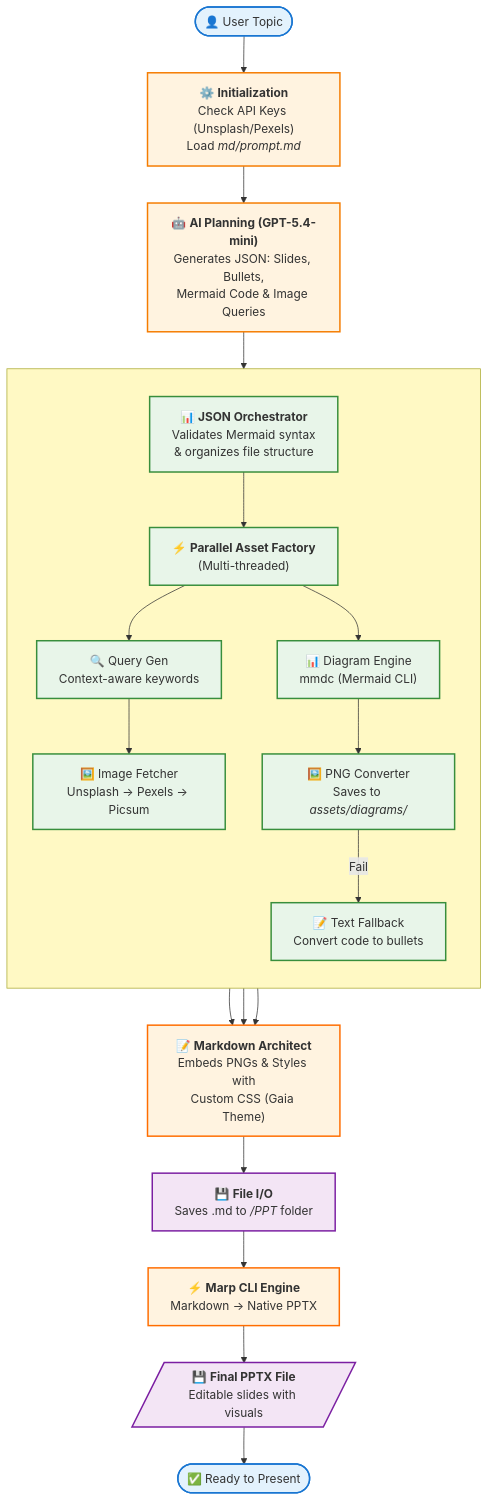
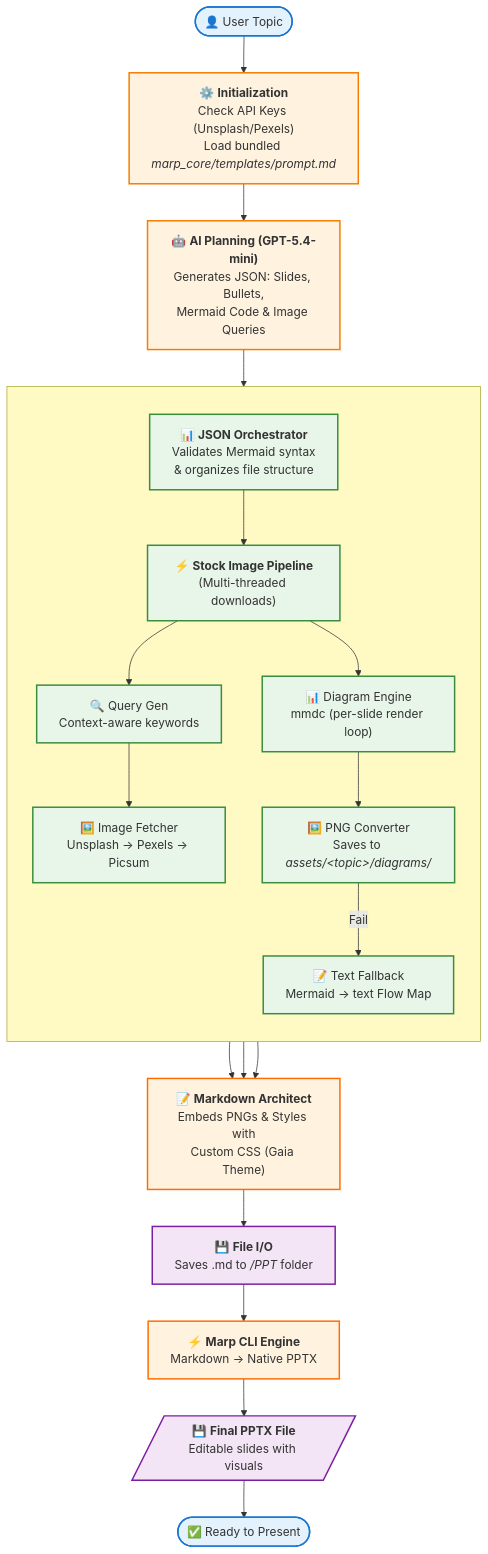
One commit to soumadip1/ai-marp-slidegen changed the diagram in flow_diagram.md. Above: the diagram before and after it, drawn with Mermaid. The commit also changed 1 other file, not shown here.

Commit message:
README file updated and flow diagram added

````diff
--- a/flow_diagram.md
+++ b/flow_diagram.md
@@ -5,52 +5,52 @@
 ```mermaid
 flowchart TB
  subgraph ThreadPool[" "]
-    direction TB
-        T1["⚡ <b>Parallel Asset Factory</b><br>(Multi-threaded)"]
+     direction TB
+        T1["⚡ <b>Stock Image Pipeline</b><br>(Multi-threaded downloads)"]
         Parse["📊 <b>JSON Orchestrator</b><br>Validates Mermaid syntax<br>&amp; organizes file structure"]
         F1["🔍 Query Gen<br>Context-aware keywords"]
         F2["🖼️ Image Fetcher<br>Unsplash → Pexels → Picsum"]
-        M1["📊 Diagram Engine<br>mmdc (Mermaid CLI)"]
-        M2["🖼️ PNG Converter<br>Saves to <i>assets/diagrams/</i>"]
-        Fallback["📝 Text Fallback<br>Convert code to bullets"]
+        M1["📊 Diagram Engine<br>mmdc (per-slide render loop)"]
+        M2["🖼️ PNG Converter<br>Saves to <i>assets/&lt;topic&gt;/diagrams/</i>"]
+        Fallback["📝 Text Fallback<br>Mermaid → text Flow Map"]
   end
-    Start(["👤 User Topic"]) --> API["⚙️ <b>Initialization</b><br>Check API Keys (Unsplash/Pexels)<br>Load <i>md/prompt.md</i>"]
+    Start(["👤 User Topic"]) --> API["⚙️ <b>Initialization</b><br>Check API Keys (Unsplash/Pexels)<br>Load bundled <i>marp_core/templates/prompt.md</i>"]
     API --> GPT["🤖 <b>AI Planning (GPT-5.4-mini)</b><br>Generates JSON: Slides, Bullets,<br>Mermaid Code &amp; Image Queries"]
     GPT --> Parse
     Parse --> T1
     T1 --> F1 & M1
     F1 --> F2
     M1 --> M2
     M2 -- Fail --> Fallback
     F2 --> MD["📝 <b>Markdown Architect</b><br>Embeds PNGs &amp; Styles with<br>Custom CSS (Gaia Theme)"]
     M2 --> MD
     Fallback --> MD
     MD --> Save["💾 <b>File I/O</b><br>Saves .md to <i>/PPT</i> folder"]
     Save --> Marp["⚡ <b>Marp CLI Engine</b><br>Markdown → Native PPTX"]
     Marp --> Final[/"💾 <b>Final PPTX File</b><br>Editable slides with visuals"/]
     Final --> End(["✅ Ready to Present"])
 
      T1:::engine
      Parse:::tech
      F1:::engine
      F2:::engine
      M1:::engine
      M2:::engine
      Fallback:::engine
      Start:::user
      API:::tech
      GPT:::tech
      MD:::engine
      Save:::output
      Marp:::engine
      Final:::output
      End:::user
     classDef user fill:#e3f2fd,stroke:#1976d2,stroke-width:2px
     classDef tech fill:#fff3e0,stroke:#f57c00,stroke-width:2px
     classDef engine fill:#e8f5e9,stroke:#388e3c,stroke-width:2px
     classDef output fill:#f3e5f5,stroke:#7b1fa2,stroke-width:2px
     style Parse stroke:#388e3c,fill:#e8f5e9,stroke-width:2px,stroke-dasharray: 0
     style MD fill:#fff3e0,stroke:#FF6D00
     style Marp stroke:#FF6D00,fill:#fff3e0
     style ThreadPool fill:#FFF9C4
 ```
````
